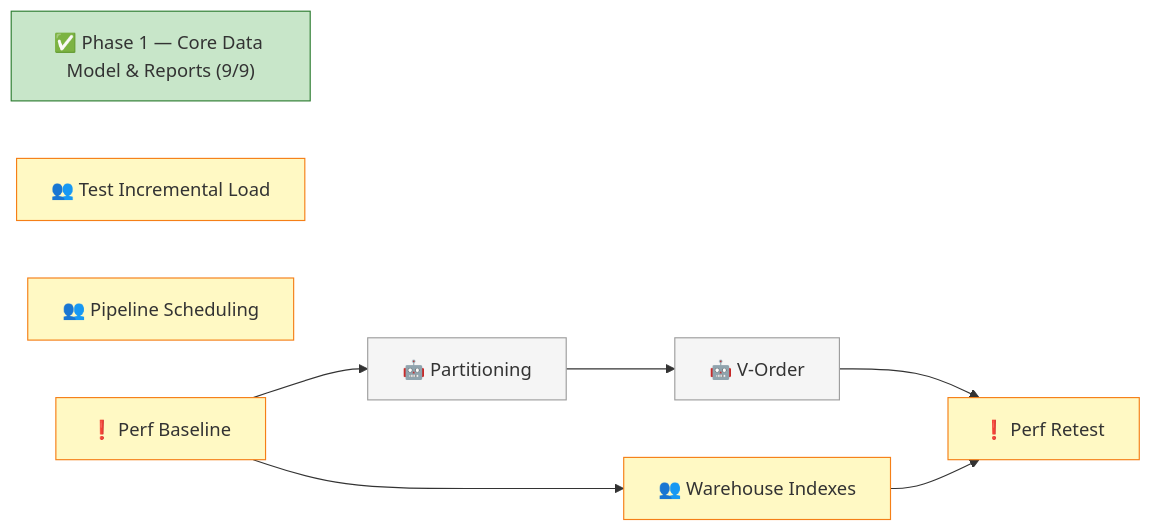
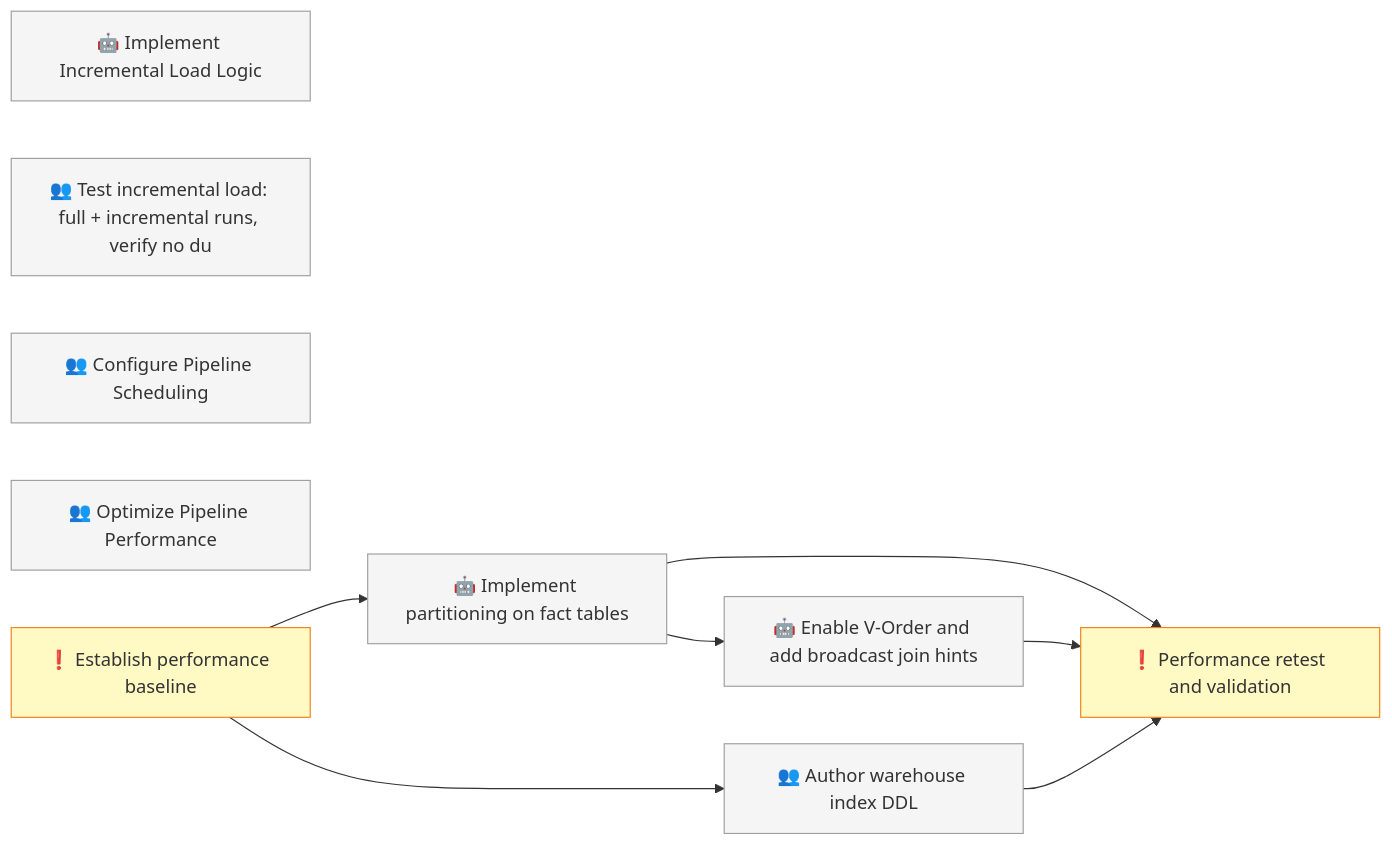
Before and after one commit to erikemilsson/OEMMatInsightBI: the diagram in .claude/dashboard.md, drawn with Mermaid. The commit also changed other lines of this file and 48 other files, not shown here.

````diff
--- a/.claude/dashboard.md
+++ b/.claude/dashboard.md
@@ -89,23 +93,25 @@
 ```mermaid
 graph LR
-    P1["✅ Phase 1 — Core Data Model & Reports (9/9)"]
-    T006_3["👥 Test Incremental Load"]
-    T010["👥 Pipeline Scheduling"]
-    T012_1["❗ Perf Baseline"]
-    T012_2["🤖 Partitioning"]
-    T012_3["🤖 V-Order"]
-    T012_4["👥 Warehouse Indexes"]
-    T012_5["❗ Perf Retest"]
-
-    T012_1 --> T012_2 --> T012_3 --> T012_5
-    T012_1 --> T012_4 --> T012_5
+    Ttask_006["🤖 Implement Incremental Load Logic"]
+    Ttask_006_3["👥 Test incremental load: full + incremental runs, verify no du"]
+    Ttask_010["👥 Configure Pipeline Scheduling"]
+    Ttask_012["👥 Optimize Pipeline Performance"]
+    Ttask_012_1["❗ Establish performance baseline"]
+    Ttask_012_2["🤖 Implement partitioning on fact tables"]
+    Ttask_012_3["🤖 Enable V-Order and add broadcast join hints"]
+    Ttask_012_4["👥 Author warehouse index DDL"]
+    Ttask_012_5["❗ Performance retest and validation"]
+    Ttask_012_1 --> Ttask_012_2
+    Ttask_012_2 --> Ttask_012_3
+    Ttask_012_1 --> Ttask_012_4
+    Ttask_012_2 --> Ttask_012_5
+    Ttask_012_3 --> Ttask_012_5
+    Ttask_012_4 --> Ttask_012_5
 
     classDef done fill:#c8e6c9,stroke:#2e7d32
     classDef active fill:#bbdefb,stroke:#1565c0
     classDef human fill:#fff9c4,stroke:#f57f17
     classDef blocked fill:#f5f5f5,stroke:#9e9e9e
-
-    class P1 done
-    class T006_3,T010,T012_1,T012_4,T012_5 human
-    class T012_2,T012_3 blocked
+    class Ttask_012_1,Ttask_012_5 human
+    class Ttask_006,Ttask_006_3,Ttask_010,Ttask_012,Ttask_012_2,Ttask_012_3,Ttask_012_4 blocked
 ```
````
